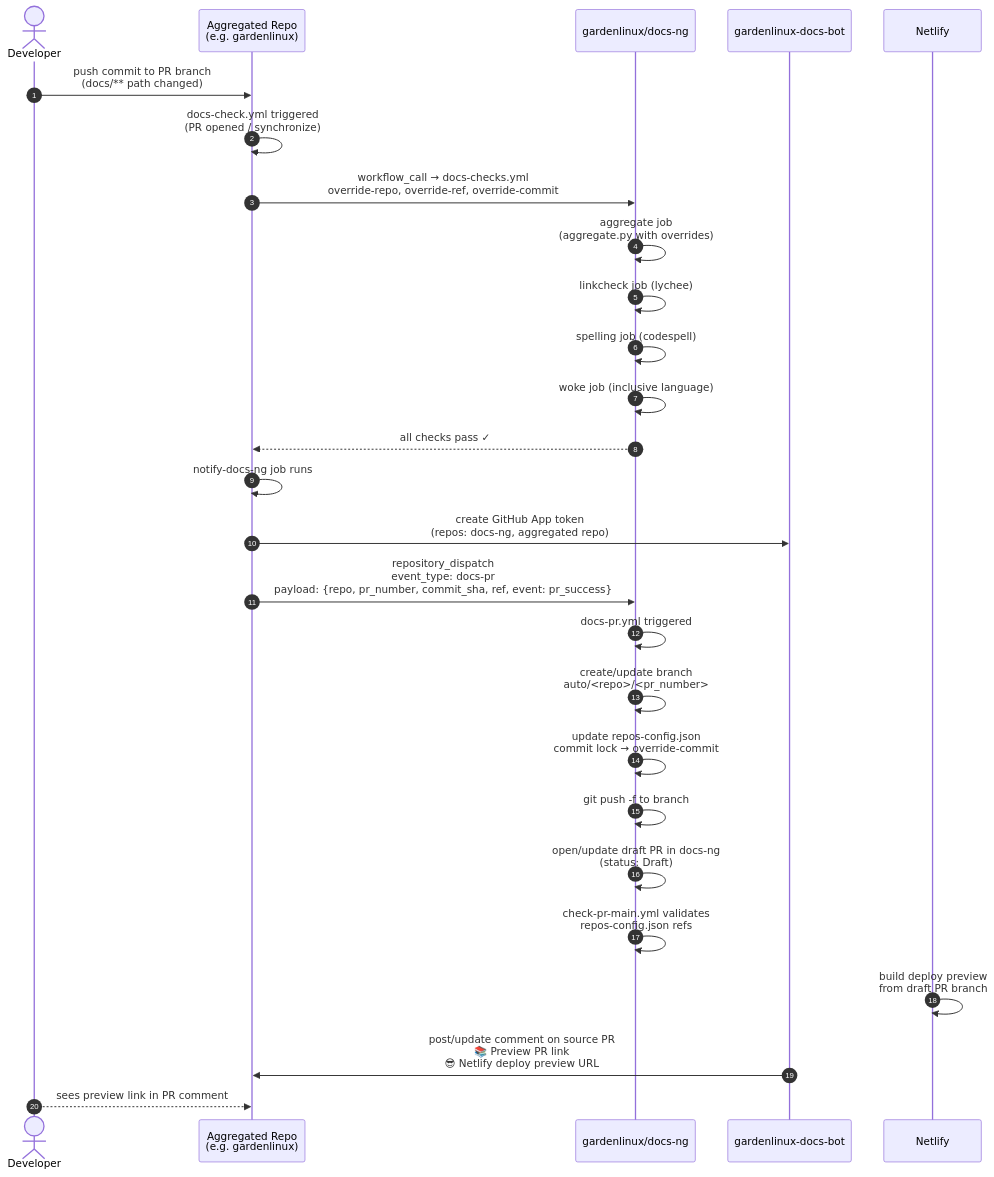
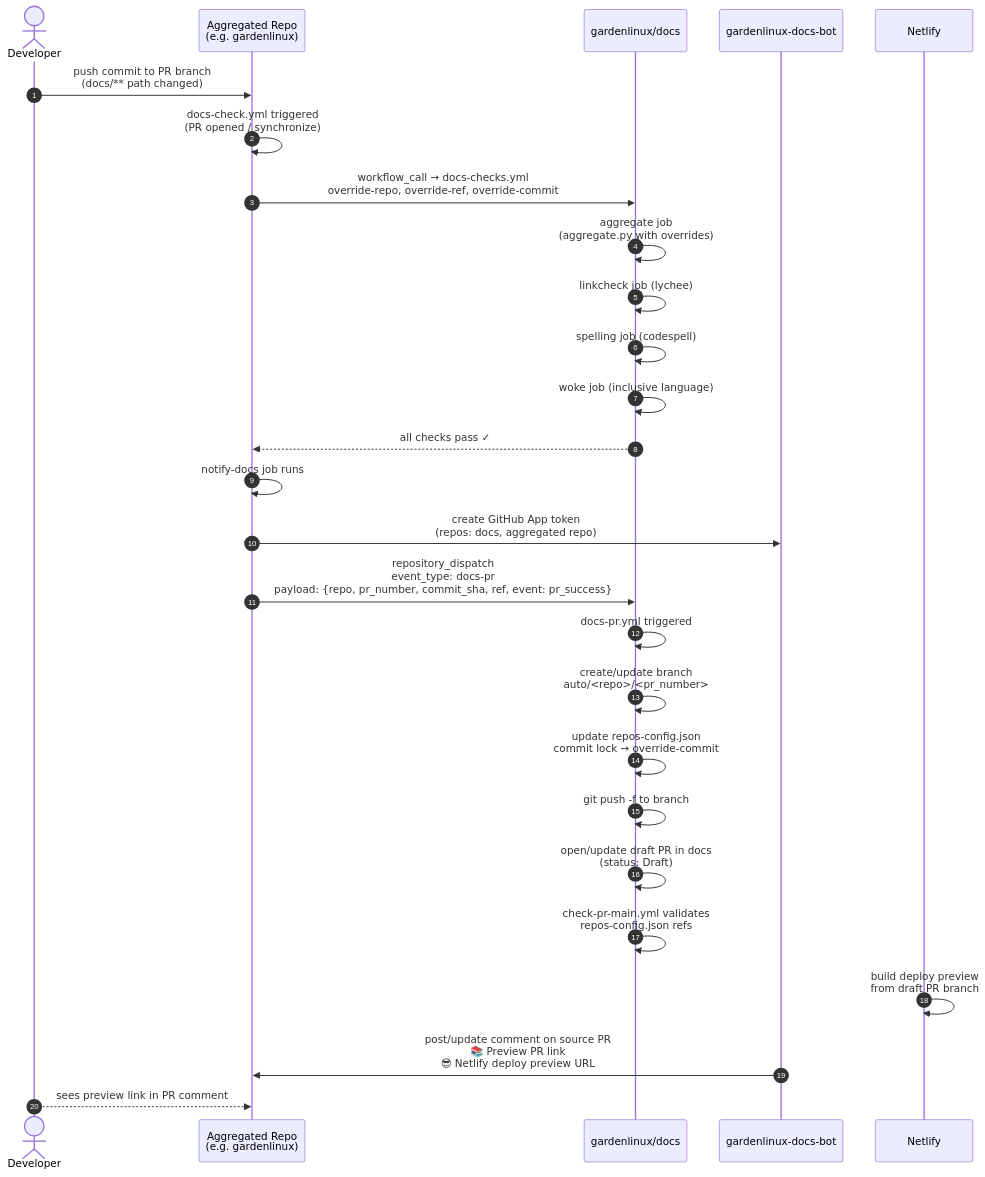
Before and after one commit to gardenlinux/docs-ng: the second of 3 diagrams in docs/contributing/documentation/ci-architecture.md, drawn with Mermaid. The commit also changed other lines of this file and 17 other files, not shown here.

````diff
--- a/docs/contributing/documentation/ci-architecture.md
+++ b/docs/contributing/documentation/ci-architecture.md
@@ -142,30 +142,30 @@
 ```mermaid
 sequenceDiagram
     autonumber
     actor Dev as Developer
     participant SrcRepo as Aggregated Repo<br/>(e.g. gardenlinux)
-    participant DocsNG as gardenlinux/docs-ng
+    participant DocsNG as gardenlinux/docs
     participant Bot as gardenlinux-docs-bot
     participant Netlify
 
     Dev->>SrcRepo: push commit to PR branch<br/>(docs/** path changed)
     SrcRepo->>SrcRepo: docs-check.yml triggered<br/>(PR opened / synchronize)
     SrcRepo->>DocsNG: workflow_call → docs-checks.yml<br/>override-repo, override-ref, override-commit
     DocsNG->>DocsNG: aggregate job<br/>(aggregate.py with overrides)
     DocsNG->>DocsNG: linkcheck job (lychee)
     DocsNG->>DocsNG: spelling job (codespell)
     DocsNG->>DocsNG: woke job (inclusive language)
     DocsNG-->>SrcRepo: all checks pass ✓
-    SrcRepo->>SrcRepo: notify-docs-ng job runs
-    SrcRepo->>Bot: create GitHub App token<br/>(repos: docs-ng, aggregated repo)
+    SrcRepo->>SrcRepo: notify-docs job runs
+    SrcRepo->>Bot: create GitHub App token<br/>(repos: docs, aggregated repo)
     SrcRepo->>DocsNG: repository_dispatch<br/>event_type: docs-pr<br/>payload: {repo, pr_number, commit_sha, ref, event: pr_success}
     DocsNG->>DocsNG: docs-pr.yml triggered
     DocsNG->>DocsNG: create/update branch<br/>auto/<repo>/<pr_number>
     DocsNG->>DocsNG: update repos-config.json<br/>commit lock → override-commit
     DocsNG->>DocsNG: git push -f to branch
-    DocsNG->>DocsNG: open/update draft PR in docs-ng<br/>(status: Draft)
+    DocsNG->>DocsNG: open/update draft PR in docs<br/>(status: Draft)
     DocsNG->>DocsNG: check-pr-main.yml validates<br/>repos-config.json refs
     Netlify->>Netlify: build deploy preview<br/>from draft PR branch
     Bot->>SrcRepo: post/update comment on source PR<br/>📚 Preview PR link<br/>😎 Netlify deploy preview URL
     Dev-->>SrcRepo: sees preview link in PR comment
 ```
````
